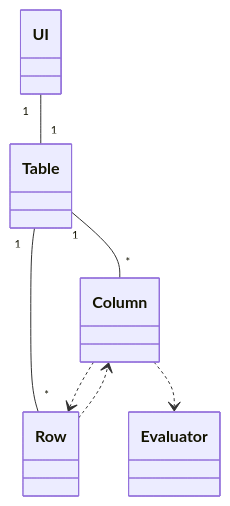
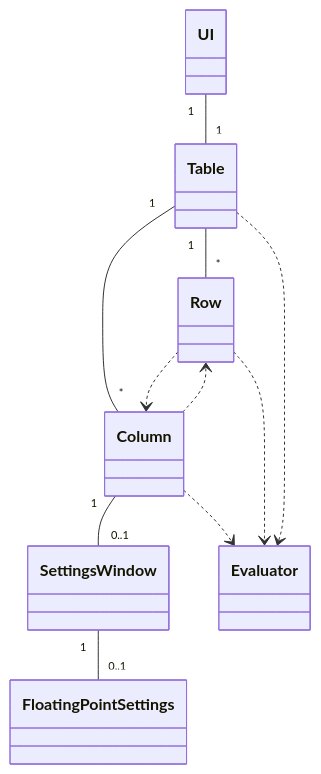
The first of 2 diagrams in dokumentaatio/arkkitehtuuri.md (pants64DS/ot-harjoitustyo), drawn with Mermaid before and after one commit. The commit also changed other lines of this file, not shown here.

````diff
--- a/dokumentaatio/arkkitehtuuri.md
+++ b/dokumentaatio/arkkitehtuuri.md
@@ -5,9 +5,14 @@
 ```mermaid
 classDiagram
 UI "1" -- "1" Table
+Table "1" -- "*" Row
 Table "1" -- "*" Column
-Table "1" -- "*" Row
+Column "1" -- "0..1" SettingsWindow
+SettingsWindow "1" -- "0..1" FloatingPointSettings
+
 Row ..> Column
 Column ..> Row
 Column ..> Evaluator
+Row ..> Evaluator
+Table ..> Evaluator
 ```
````
